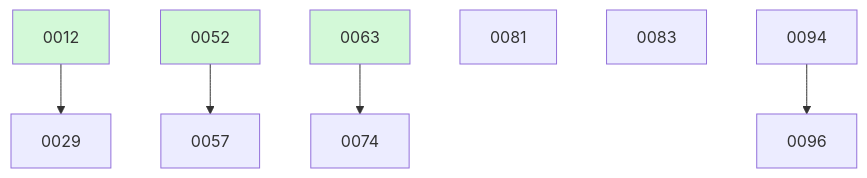
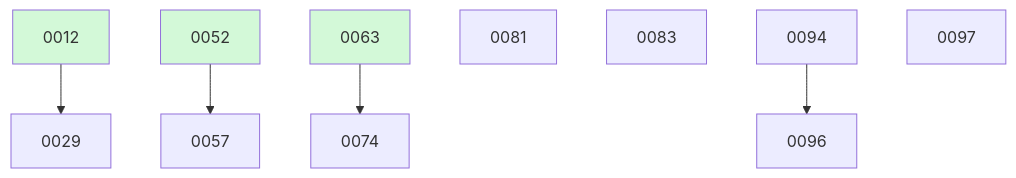
The diagram in docs/changes/BOARD.md (ethanhinson/fuse), drawn with Mermaid before and after one commit. The commit also changed other lines of this file and 1 other file, not shown here.

````diff
--- a/docs/changes/BOARD.md
+++ b/docs/changes/BOARD.md
@@ -32,14 +33,15 @@
 ```mermaid
 graph TD
   0012 --> 0029
   0052 --> 0057
   0063 --> 0074
   0081
   0083
   0094
   0094 --> 0096
+  0097
   0012:::done
   0052:::done
   0063:::done
   classDef done fill:#d3f9d8;
 ```
````
